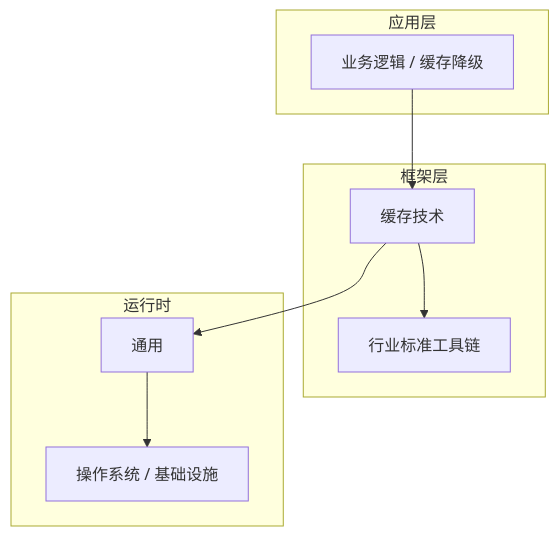
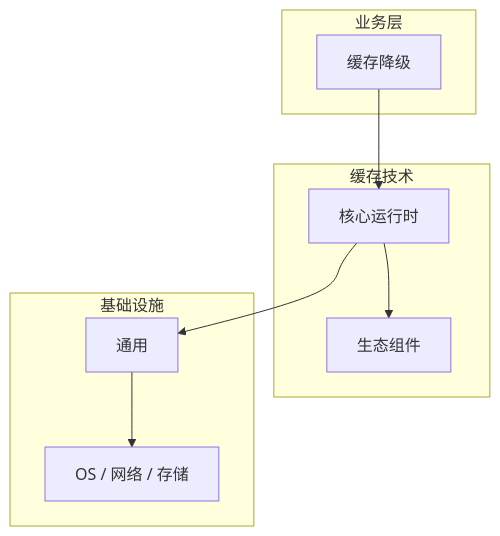
The diagram in articles/缓存技术/chapters/056-缓存降级核心概念与原理.md (yanggan2015/knowledge-json-v2), drawn with Mermaid before and after one commit. The commit also changed other lines of this file and 10127 other files, not shown here.

````diff
--- a/articles/缓存技术/chapters/056-缓存降级核心概念与原理.md
+++ b/articles/缓存技术/chapters/056-缓存降级核心概念与原理.md
@@ -45,18 +34,18 @@
 ```mermaid
 graph TB
-    subgraph 应用层
-        A[业务逻辑 / 缓存降级]
+    subgraph 业务层
+        A[缓存降级]
     end
-    subgraph 框架层
-        B[缓存技术]
-        C[行业标准工具链]
+    subgraph 缓存技术
+        B[核心运行时]
+        C[生态组件]
     end
-    subgraph 运行时
+    subgraph 基础设施
         D[通用]
-        E[操作系统 / 基础设施]
+        E[OS / 网络 / 存储]
     end
     A --> B
     B --> C
     B --> D
     D --> E
 ```
````
